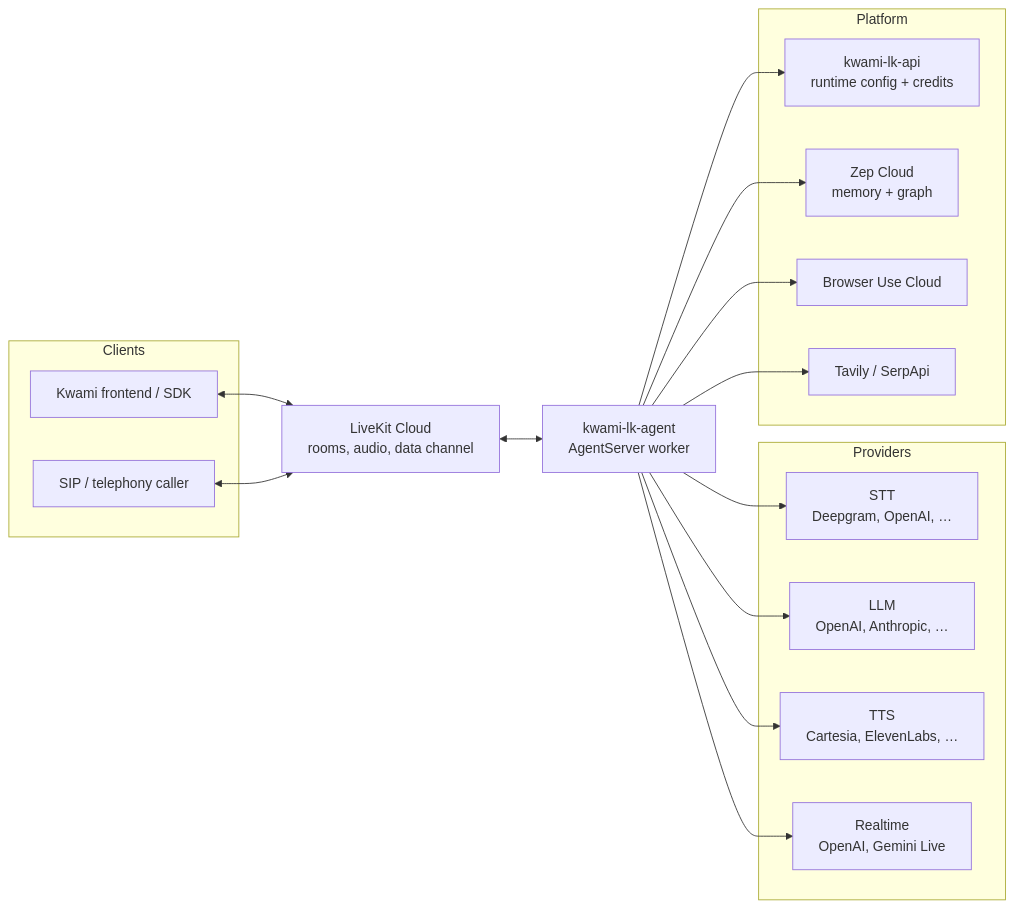
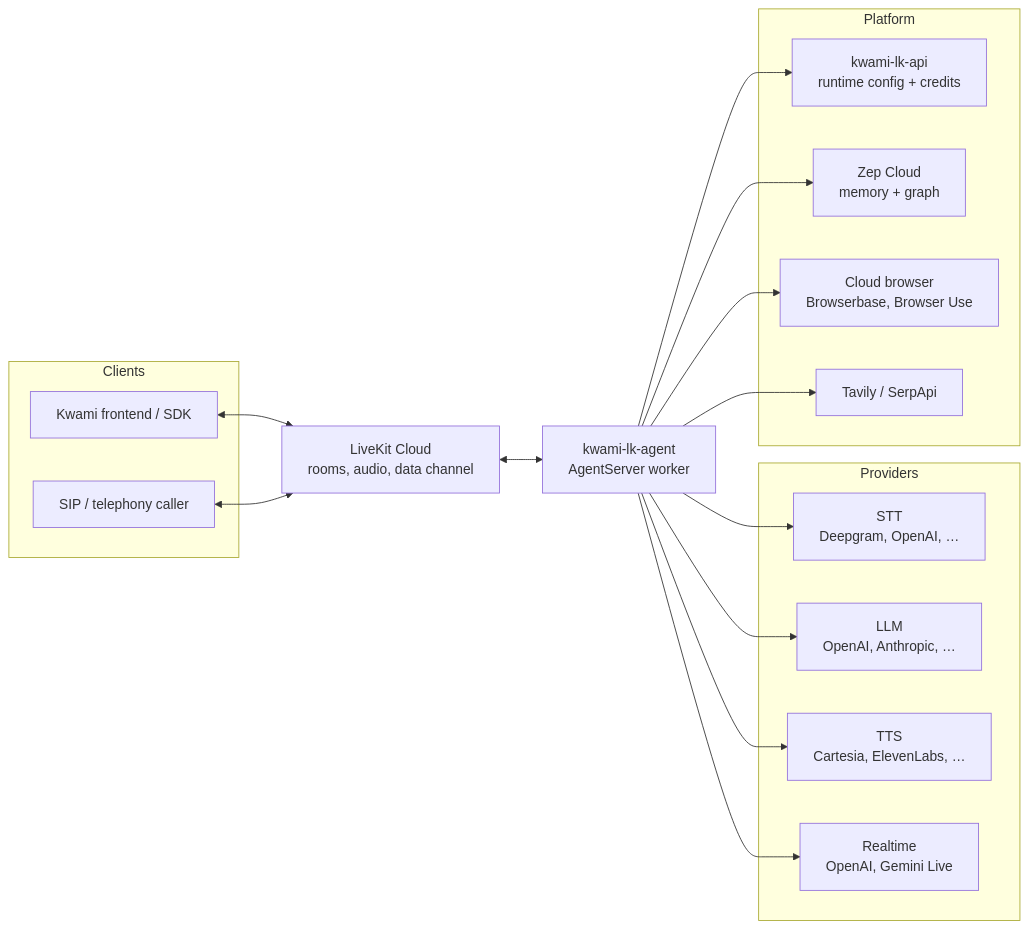
The first of 6 diagrams in docs/architecture.md (kwami-labs/kwami-lk-agent), drawn with Mermaid before and after one commit. The commit also changed other lines of this file and 8 other files, not shown here.

Commit message:
docs: align protocol, configuration, architecture and CI docs with the code

````diff
--- a/docs/architecture.md
+++ b/docs/architecture.md
@@ -8,36 +8,36 @@
 ```mermaid
 flowchart LR
     subgraph Clients
         Web["Kwami frontend / SDK"]
         Phone["SIP / telephony caller"]
     end
 
     LK["LiveKit Cloud<br/>rooms, audio, data channel"]
     Worker["kwami-lk-agent<br/>AgentServer worker"]
 
     subgraph Providers
         STT["STT<br/>Deepgram, OpenAI, …"]
         LLM["LLM<br/>OpenAI, Anthropic, …"]
         TTS["TTS<br/>Cartesia, ElevenLabs, …"]
         RT["Realtime<br/>OpenAI, Gemini Live"]
     end
 
     subgraph Platform
         API["kwami-lk-api<br/>runtime config + credits"]
         Zep["Zep Cloud<br/>memory + graph"]
-        Browse["Browser Use Cloud"]
+        Browse["Cloud browser<br/>Browserbase, Browser Use"]
         Search["Tavily / SerpApi"]
     end
 
     Web <--> LK
     Phone <--> LK
     LK <--> Worker
     Worker --> STT
     Worker --> LLM
     Worker --> TTS
     Worker --> RT
     Worker --> API
     Worker --> Zep
     Worker --> Browse
     Worker --> Search
 ```
````
